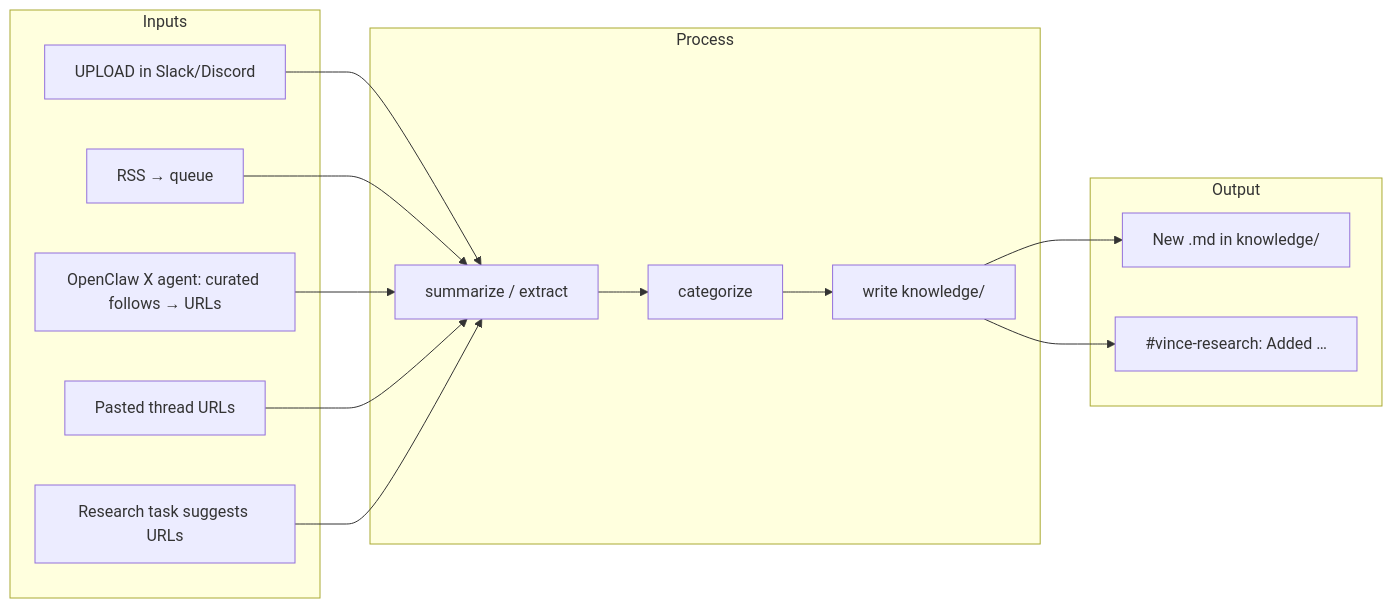
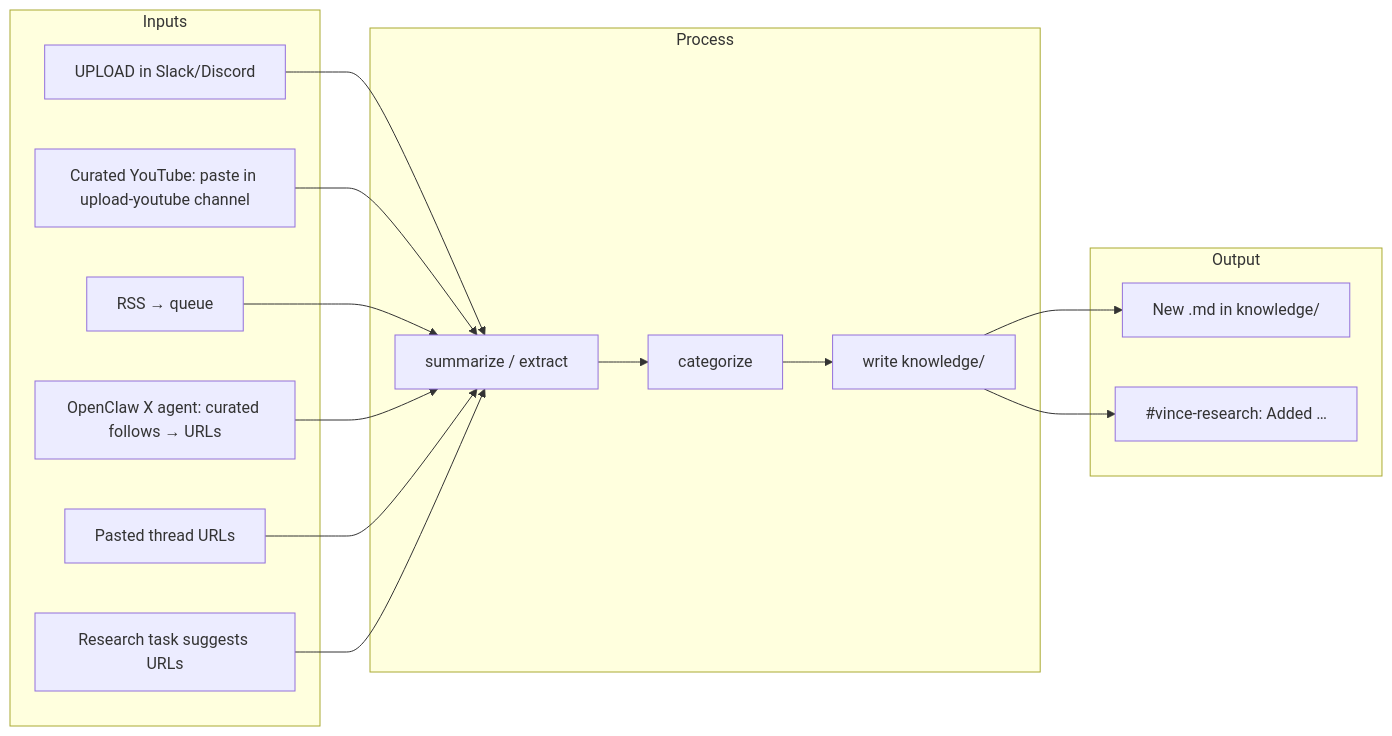
The second of 2 diagrams in PLAN-SLACK-DISCORD-KNOWLEDGE-RESEARCH.md (eliza420ai-beep/vince), drawn with Mermaid before and after one commit. The commit also changed other lines of this file and 3 other files, not shown here.

````diff
--- a/PLAN-SLACK-DISCORD-KNOWLEDGE-RESEARCH.md
+++ b/PLAN-SLACK-DISCORD-KNOWLEDGE-RESEARCH.md
@@ -249,26 +301,28 @@
 ```mermaid
 flowchart LR
   subgraph Inputs
     UPLOAD[UPLOAD in Slack/Discord]
+    YouTube[Curated YouTube: paste in upload-youtube channel]
     RSS[RSS → queue]
     Clawdbot[OpenClaw X agent: curated follows → URLs]
     X[Pasted thread URLs]
     Research[Research task suggests URLs]
   end
   subgraph Process
     Ingest[summarize / extract]
     Cat[categorize]
     Write[write knowledge/]
   end
   subgraph Output
     Files[New .md in knowledge/]
     Notify["#vince-research: Added …"]
   end
   UPLOAD --> Ingest
+  YouTube --> Ingest
   RSS --> Ingest
   Clawdbot --> Ingest
   X --> Ingest
   Research --> Ingest
   Ingest --> Cat --> Write --> Files
   Write --> Notify
 ```
````
